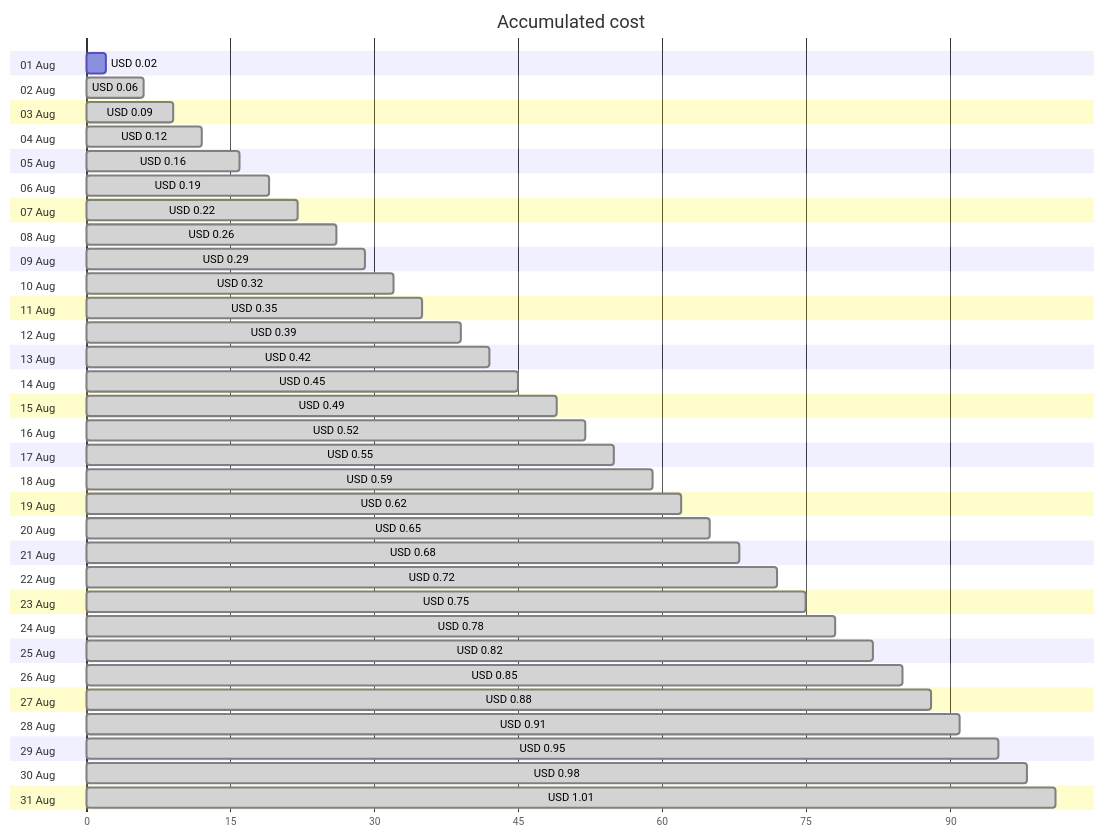
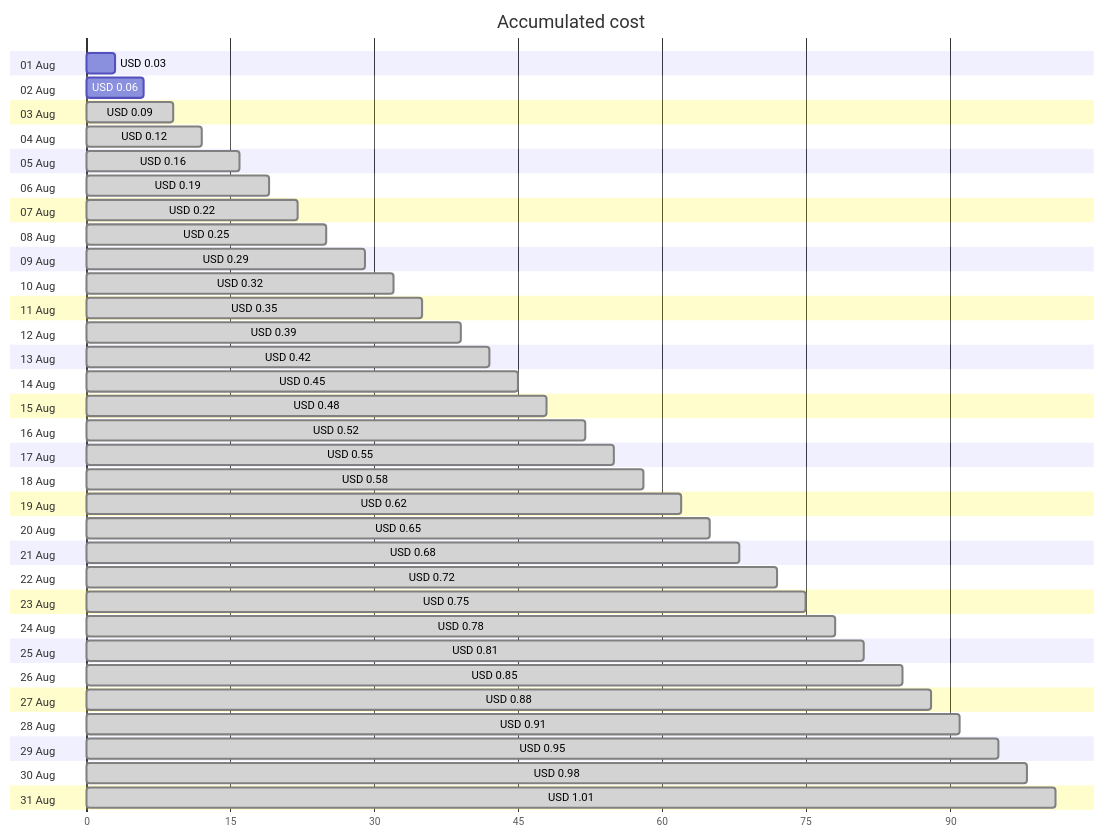
Before and after one commit to jpfulton/azure-personal-reports: the first of 4 diagrams in cost-reports/personal-dns/README.md, drawn with Mermaid. The commit also changed other lines of this file and 2 other files, not shown here.

````diff
--- a/cost-reports/personal-dns/README.md
+++ b/cost-reports/personal-dns/README.md
@@ -20,68 +20,68 @@
 ```mermaid
 gantt
    title Accumulated cost
    dateFormat  X
    axisFormat %s
    section 01 Aug
-   USD 0.02 :0, 2
+   USD 0.03 :0, 3
    section 02 Aug
-   USD 0.06 : done, 0, 6
+   USD 0.06 :0, 6
    section 03 Aug
    USD 0.09 : done, 0, 9
    section 04 Aug
    USD 0.12 : done, 0, 12
    section 05 Aug
    USD 0.16 : done, 0, 16
    section 06 Aug
    USD 0.19 : done, 0, 19
    section 07 Aug
    USD 0.22 : done, 0, 22
    section 08 Aug
-   USD 0.26 : done, 0, 26
+   USD 0.25 : done, 0, 25
    section 09 Aug
    USD 0.29 : done, 0, 29
    section 10 Aug
    USD 0.32 : done, 0, 32
    section 11 Aug
    USD 0.35 : done, 0, 35
    section 12 Aug
    USD 0.39 : done, 0, 39
    section 13 Aug
    USD 0.42 : done, 0, 42
    section 14 Aug
    USD 0.45 : done, 0, 45
    section 15 Aug
-   USD 0.49 : done, 0, 49
+   USD 0.48 : done, 0, 48
    section 16 Aug
    USD 0.52 : done, 0, 52
    section 17 Aug
    USD 0.55 : done, 0, 55
    section 18 Aug
-   USD 0.59 : done, 0, 59
+   USD 0.58 : done, 0, 58
    section 19 Aug
    USD 0.62 : done, 0, 62
    section 20 Aug
    USD 0.65 : done, 0, 65
    section 21 Aug
    USD 0.68 : done, 0, 68
    section 22 Aug
    USD 0.72 : done, 0, 72
    section 23 Aug
    USD 0.75 : done, 0, 75
    section 24 Aug
    USD 0.78 : done, 0, 78
    section 25 Aug
-   USD 0.82 : done, 0, 82
+   USD 0.81 : done, 0, 81
    section 26 Aug
    USD 0.85 : done, 0, 85
    section 27 Aug
    USD 0.88 : done, 0, 88
    section 28 Aug
    USD 0.91 : done, 0, 91
    section 29 Aug
    USD 0.95 : done, 0, 95
    section 30 Aug
    USD 0.98 : done, 0, 98
    section 31 Aug
    USD 1.01 : done, 0, 101
 ```
````
